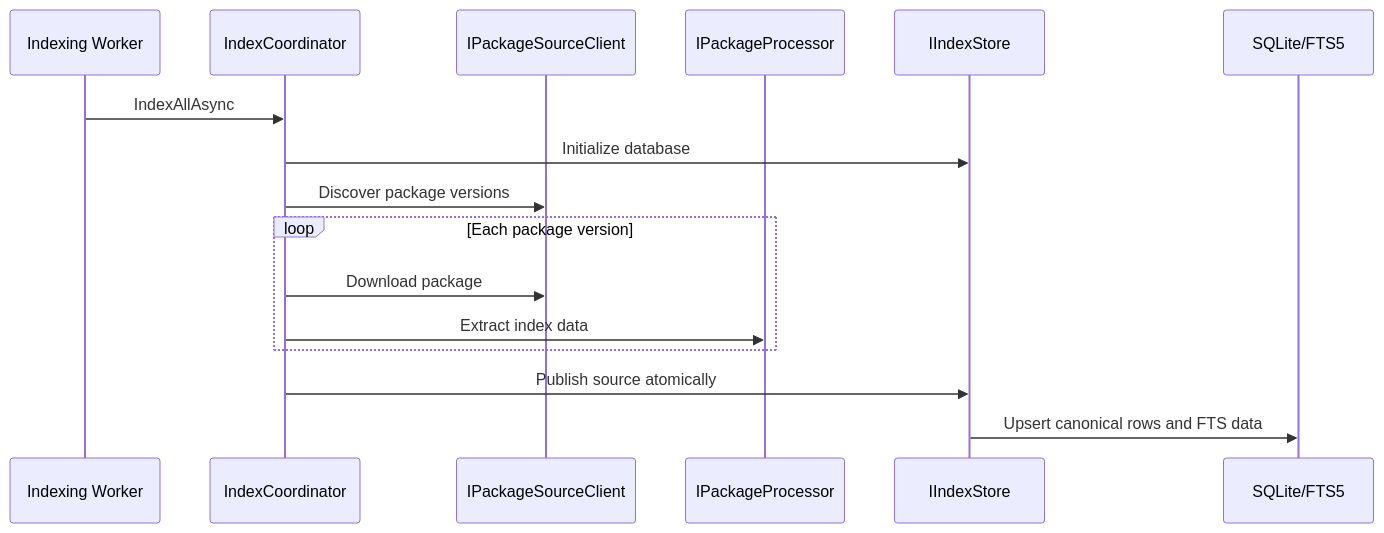
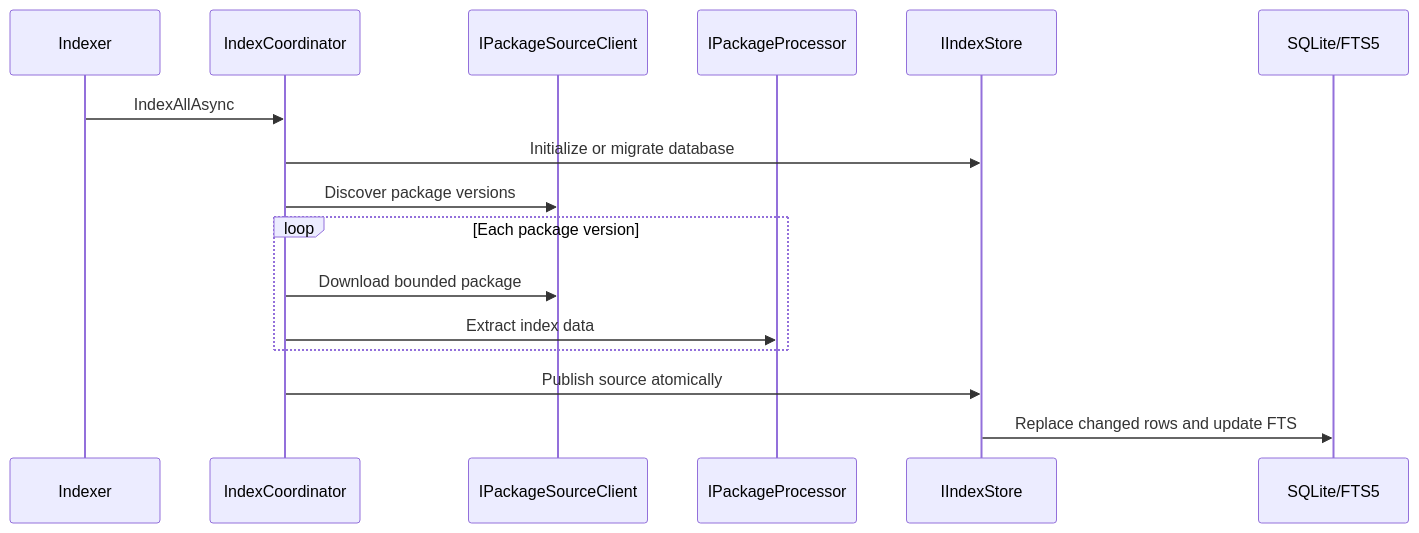
The second of 3 diagrams in design/architecture.md (sbuyevich/mcp-doc-server), drawn with Mermaid before and after one commit. The commit also changed other lines of this file and 127 other files, not shown here.

````diff
--- a/design/architecture.md
+++ b/design/architecture.md
@@ -157,19 +103,19 @@
 ```mermaid
 sequenceDiagram
-    participant Worker as Indexing Worker
+    participant Indexer
     participant Coordinator as IndexCoordinator
     participant Source as IPackageSourceClient
     participant Processor as IPackageProcessor
     participant Store as IIndexStore
     participant DB as SQLite/FTS5
 
-    Worker->>Coordinator: IndexAllAsync
-    Coordinator->>Store: Initialize database
+    Indexer->>Coordinator: IndexAllAsync
+    Coordinator->>Store: Initialize or migrate database
     Coordinator->>Source: Discover package versions
     loop Each package version
-        Coordinator->>Source: Download package
+        Coordinator->>Source: Download bounded package
         Coordinator->>Processor: Extract index data
     end
     Coordinator->>Store: Publish source atomically
-    Store->>DB: Upsert canonical rows and FTS data
+    Store->>DB: Replace changed rows and update FTS
 ```
````
